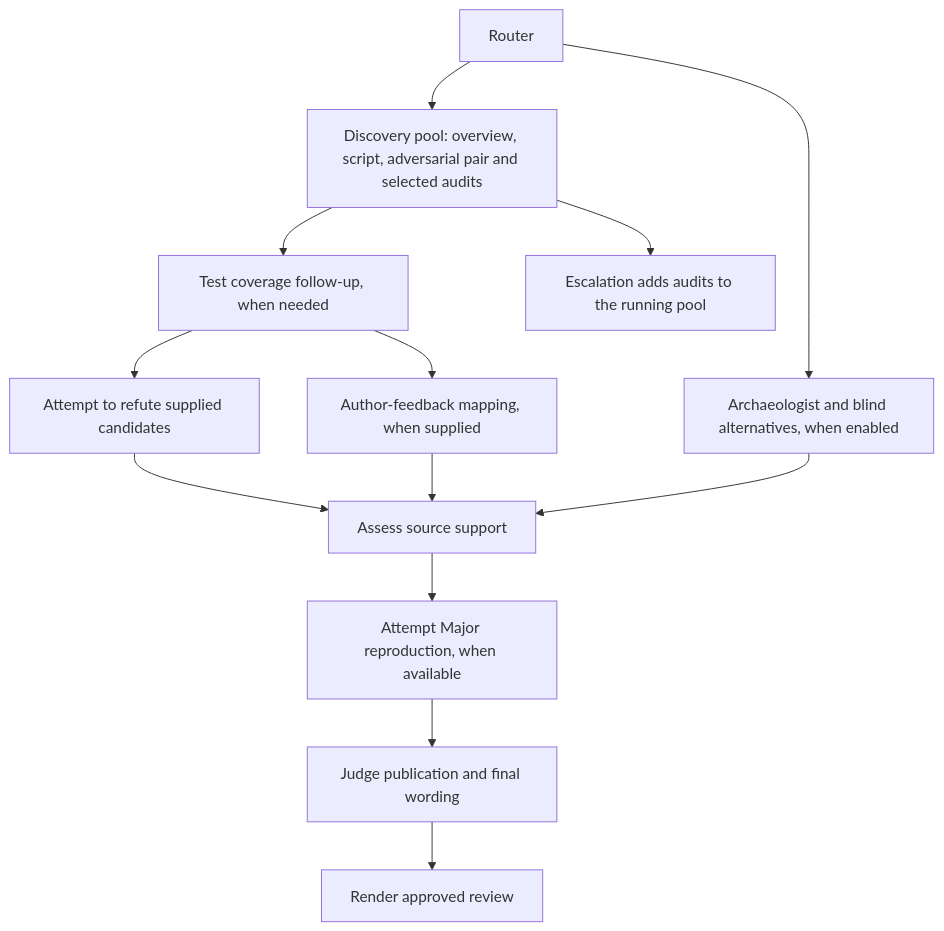
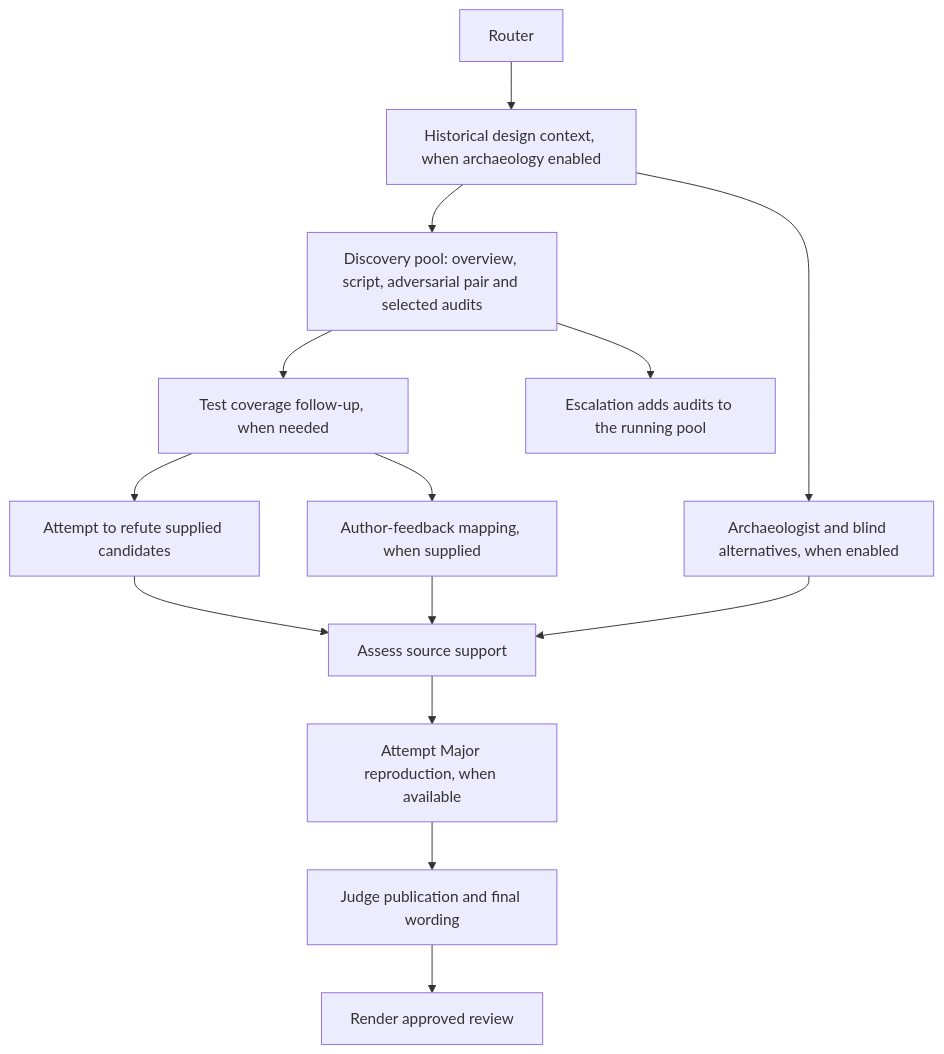
The diagram in pkgs/ralph/agents/README.md (willcl-ark/nix), drawn with Mermaid before and after one commit. The commit also changed other lines of this file and 15 other files, not shown here.

First line of the commit message:
Research system-design context before reviewing code

````diff
--- a/pkgs/ralph/agents/README.md
+++ b/pkgs/ralph/agents/README.md
@@ -9,15 +9,16 @@
 ```mermaid
 flowchart TD
-    router[Router] --> discovery[Discovery pool: overview, script, adversarial pair and selected audits]
-    router --> history[Archaeologist and blind alternatives, when enabled]
+    router[Router] --> context[Historical design context, when archaeology enabled]
+    context --> discovery[Discovery pool: overview, script, adversarial pair and selected audits]
+    context --> history[Archaeologist and blind alternatives, when enabled]
     discovery --> followup[Test coverage follow-up, when needed]
     discovery --> escalation[Escalation adds audits to the running pool]
     followup --> challenger[Attempt to refute supplied candidates]
     followup --> feedback[Author-feedback mapping, when supplied]
     challenger --> verifier[Assess source support]
     feedback --> verifier
     history --> verifier
     verifier --> write[Attempt Major reproduction, when available]
     write --> judge[Judge publication and final wording]
     judge --> render[Render approved review]
 ```
````
